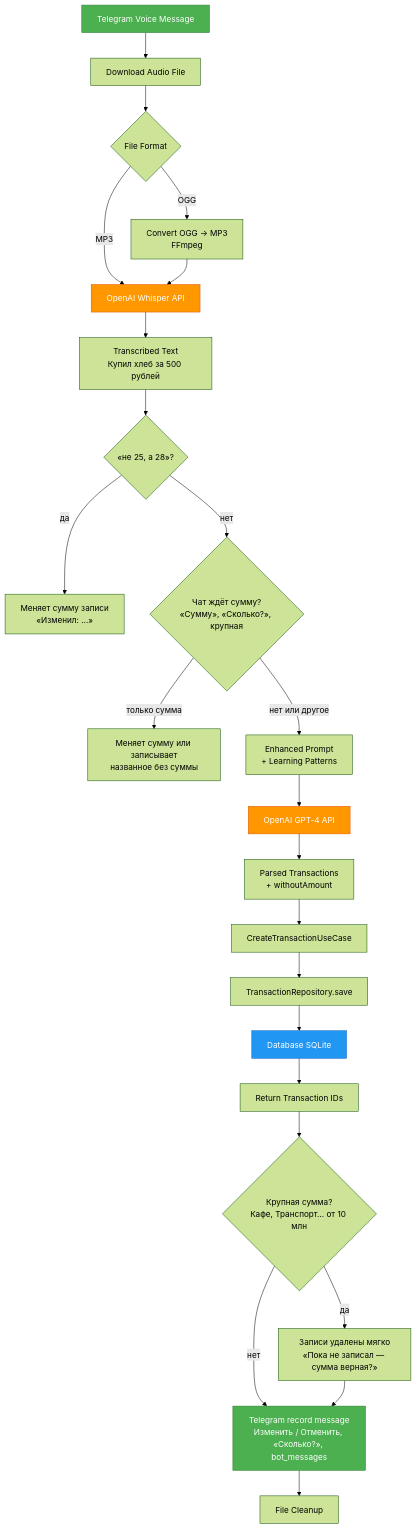
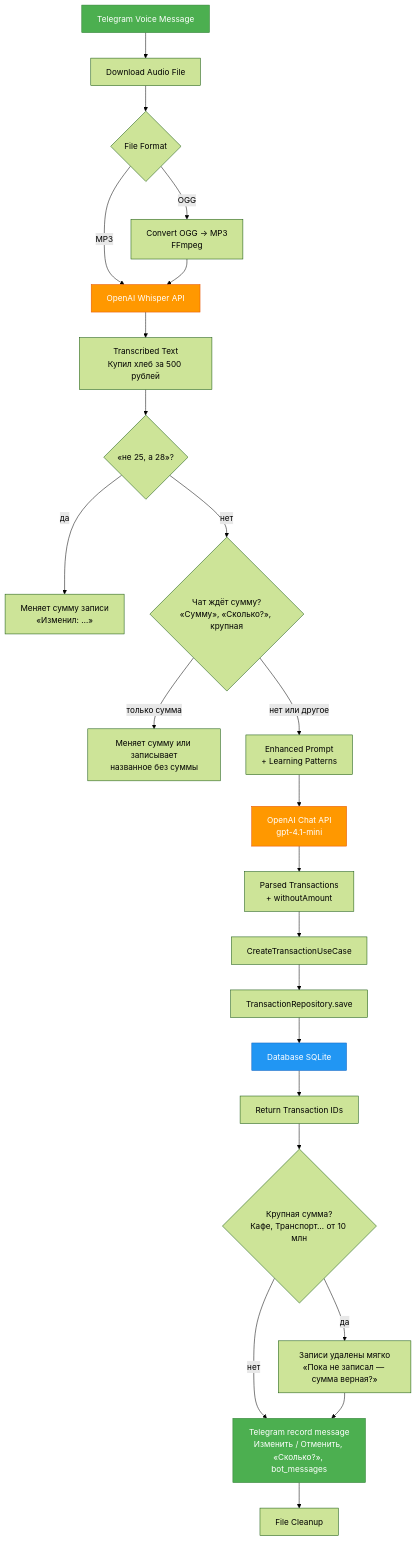
Before and after one commit to chollak/finance-tracker-backend: the diagram in docs/knowledge-base/07-data-flow/voice-to-transaction.md, drawn with Mermaid (forest theme). The commit also changed other lines of this file and 16 other files, not shown here.

````diff
--- a/docs/knowledge-base/07-data-flow/voice-to-transaction.md
+++ b/docs/knowledge-base/07-data-flow/voice-to-transaction.md
@@ -29,31 +29,31 @@
 ```mermaid
 flowchart TD
     A[Telegram Voice Message] --> B[Download Audio File]
     B --> C{File Format}
     C -->|OGG| D[Convert OGG → MP3<br/>FFmpeg]
     C -->|MP3| E[OpenAI Whisper API]
     D --> E
     E --> F[Transcribed Text<br/>Купил хлеб за 500 рублей]
     F --> F0{«не 25, а 28»?}
     F0 -->|да| F3[Меняет сумму записи<br/>«Изменил: …»]
     F0 -->|нет| F1{Чат ждёт сумму?<br/>«Сумму», «Сколько?», крупная}
     F1 -->|только сумма| F2[Меняет сумму или записывает<br/>названное без суммы]
     F1 -->|нет или другое| G[Enhanced Prompt<br/>+ Learning Patterns]
-    G --> H[OpenAI GPT-4 API]
+    G --> H[OpenAI Chat API<br/>gpt-4.1-mini]
     H --> I[Parsed Transactions<br/>+ withoutAmount]
     I --> M[CreateTransactionUseCase]
     M --> O[TransactionRepository.save]
     O --> P[Database SQLite]
     P --> Q[Return Transaction IDs]
     Q --> J{Крупная сумма?<br/>Кафе, Транспорт… от 10 млн}
     J -->|да| L[Записи удалены мягко<br/>«Пока не записал — сумма верная?»]
     J -->|нет| R[Telegram record message<br/>Изменить / Отменить, «Сколько?», bot_messages]
     L --> R
     R --> S[File Cleanup]
 
     style A fill:#4CAF50,stroke:#2E7D32,color:#fff
     style E fill:#FF9800,stroke:#E65100,color:#fff
     style H fill:#FF9800,stroke:#E65100,color:#fff
     style P fill:#2196F3,stroke:#1565C0,color:#fff
     style R fill:#4CAF50,stroke:#2E7D32,color:#fff
 ```
````
